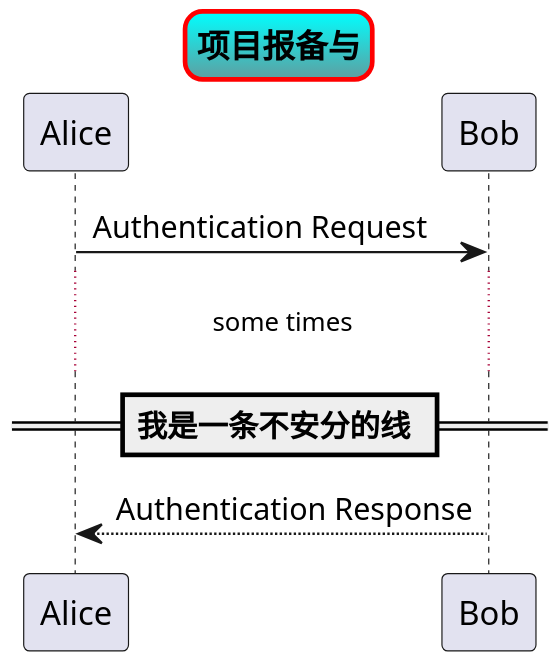
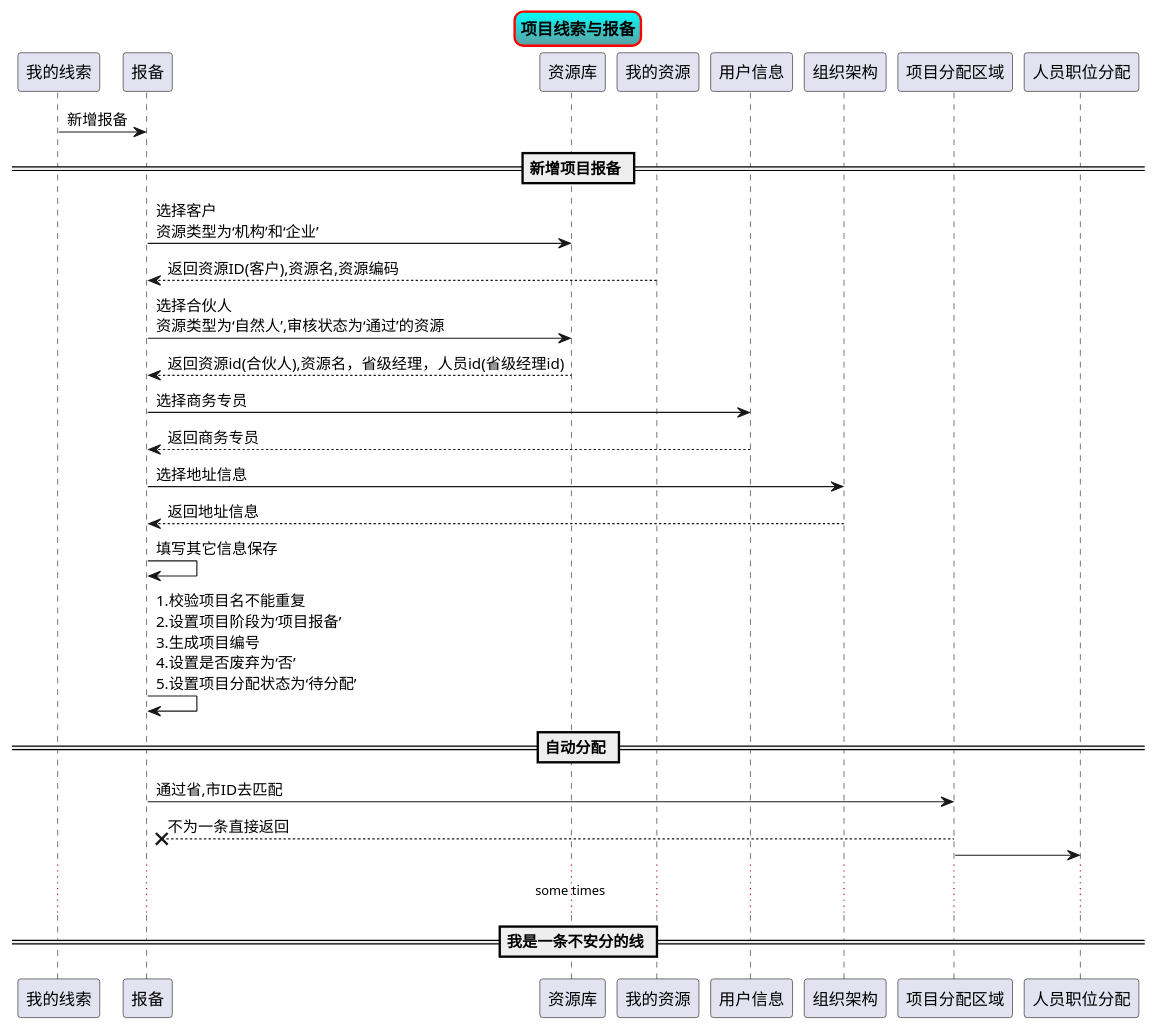
One commit to cy-pointer/draw changed the diagram in sequence/org.ting/project/项目报备和分配.puml. Above: the diagram before and after it, drawn with PlantUML.

Commit message:
项目线索与报备，添加自动分配阶段

```diff
--- a/sequence/org.ting/project/项目报备和分配.puml
+++ b/sequence/org.ting/project/项目报备和分配.puml
@@ -1,15 +1,30 @@
 @startuml
-scale 2
+'scale 2
 skinparam titleBorderRoundCorner 15
 skinparam titleBorderThickness 2
 skinparam titleBorderColor red
 skinparam titleBackgroundColor Aqua-CadetBlue
 
-title 项目报备与
+title 项目线索与报备
 
-Alice -> Bob: Authentication Request
+我的线索 -> 报备: 新增报备
+== 新增项目报备 ==
+报备  -> 资源库: 选择客户\n资源类型为‘机构’和‘企业’
+我的资源 --> 报备: 返回资源ID(客户),资源名,资源编码
+报备 -> 资源库: 选择合伙人\n资源类型为‘自然人’,审核状态为‘通过’的资源
+资源库 --> 报备:返回资源id(合伙人),资源名，省级经理，人员id(省级经理id)
+报备 -> 用户信息: 选择商务专员
+用户信息 --> 报备: 返回商务专员
+报备 -> 组织架构: 选择地址信息
+组织架构 --> 报备: 返回地址信息
+报备 -> 报备: 填写其它信息保存
+报备 -> 报备: 1.校验项目名不能重复\n2.设置项目阶段为‘项目报备’\n3.生成项目编号\n4.设置是否废弃为‘否’\n5.设置项目分配状态为‘待分配’
+== 自动分配 ==
+报备 -> 项目分配区域: 通过省,市ID去匹配
+项目分配区域 -->x 报备: 不为一条直接返回
+项目分配区域 -> 人员职位分配:
 ... some times ...
 == 我是一条不安分的线 ==
-Bob --> Alice: Authentication Response
+
 
 @enduml
```
